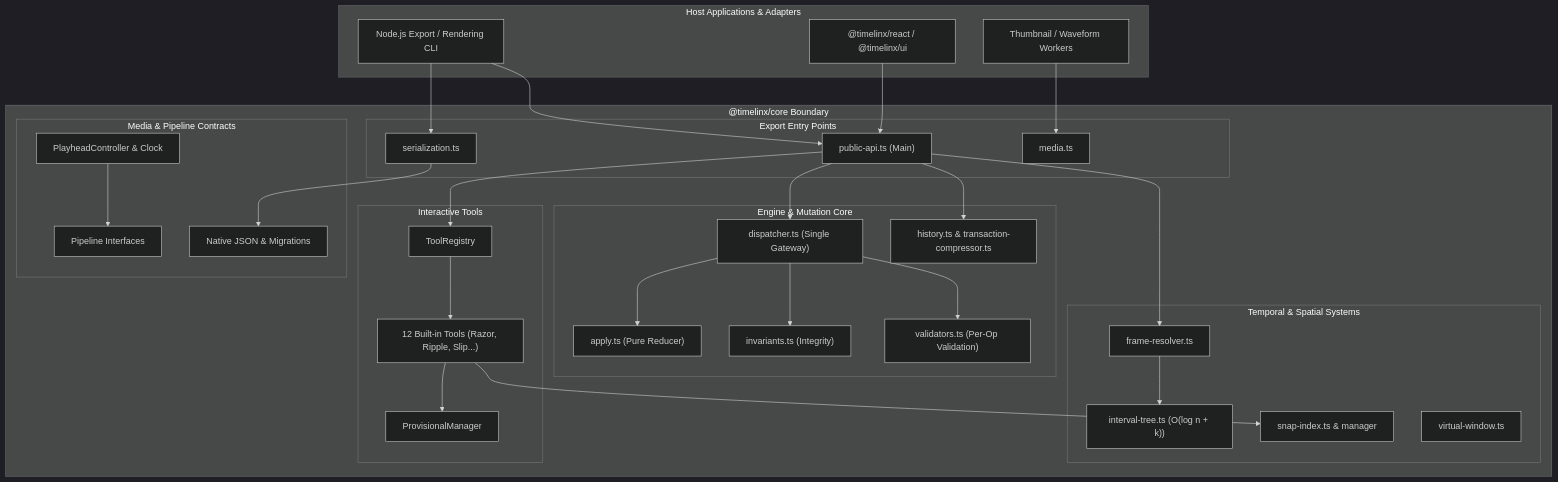
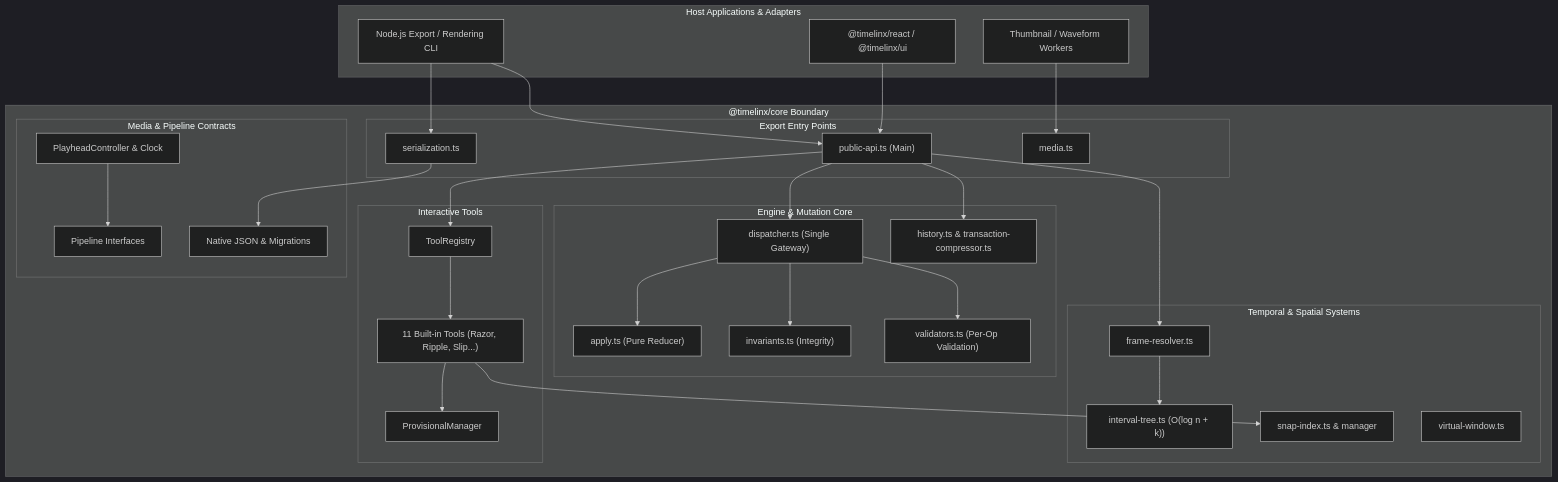
The first of 4 diagrams in docs/ARCHITECTURE.md (maanaaasss/timelinx), drawn with Mermaid (dark theme) before and after one commit. The commit also changed other lines of this file and 71 other files, not shown here.

First line of the commit message:
refactor(core): prune non-timeline subsystems for pure 1d engine (#158)

````diff
--- a/docs/ARCHITECTURE.md
+++ b/docs/ARCHITECTURE.md
@@ -97,65 +97,65 @@
 ```mermaid
 graph TD
     subgraph Consumers["Host Applications & Adapters"]
         REACT["@timelinx/react / @timelinx/ui"]
         WORKER["Thumbnail / Waveform Workers"]
         NODE["Node.js Export / Rendering CLI"]
     end
 
     subgraph Core["@timelinx/core Boundary"]
         subgraph EntryPoints["Export Entry Points"]
             PUB["public-api.ts (Main)"]
             SER["serialization.ts"]
             MED["media.ts"]
         end
 
         subgraph CoreEngine["Engine & Mutation Core"]
             DISPATCH["dispatcher.ts (Single Gateway)"]
             APPLY["apply.ts (Pure Reducer)"]
             INVAR["invariants.ts (Integrity)"]
             VAL["validators.ts (Per-Op Validation)"]
             HIST["history.ts & transaction-compressor.ts"]
         end
 
         subgraph MathAndIndex["Temporal & Spatial Systems"]
             FRAME["frame-resolver.ts"]
             TREE["interval-tree.ts (O(log n + k))"]
             SNAP["snap-index.ts & manager"]
             VIRT["virtual-window.ts"]
         end
 
         subgraph ToolSubsystem["Interactive Tools"]
             REG["ToolRegistry"]
             PROV["ProvisionalManager"]
-            TOOLS["12 Built-in Tools (Razor, Ripple, Slip...)"]
+            TOOLS["11 Built-in Tools (Razor, Ripple, Slip...)"]
         end
 
         subgraph PipelineSubsystem["Media & Pipeline Contracts"]
             PLAYHEAD["PlayheadController & Clock"]
             PIPETYPE["Pipeline Interfaces"]
             INTERCHANGE["Native JSON & Migrations"]
         end
     end
 
     REACT --> PUB
     WORKER --> MED
     NODE --> SER
     NODE --> PUB
 
     PUB --> DISPATCH
     PUB --> REG
     PUB --> HIST
     PUB --> FRAME
 
     DISPATCH --> VAL
     DISPATCH --> APPLY
     DISPATCH --> INVAR
 
     REG --> TOOLS
     TOOLS --> PROV
     TOOLS --> SNAP
 
     FRAME --> TREE
     PLAYHEAD --> PIPETYPE
     SER --> INTERCHANGE
 ```
````
